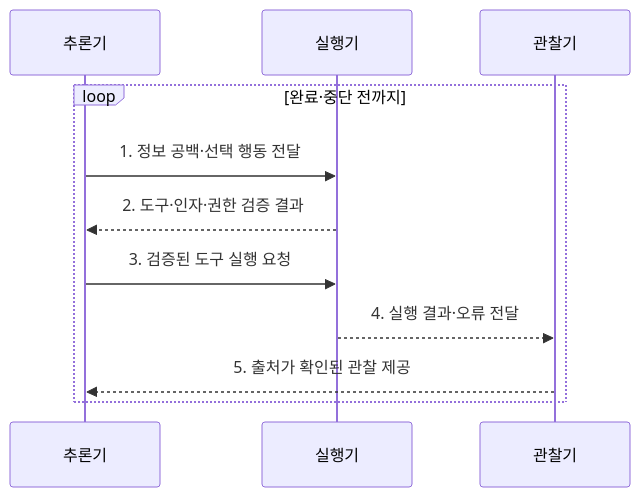
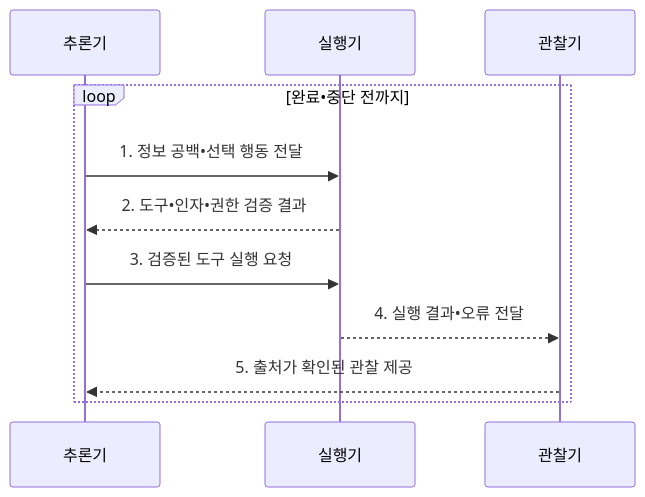
Before and after one commit to agnusdei1207/knowledge-base: the second of 2 diagrams in src/content/docs/notes/08-latest-tech/003_reasoning_and_acting.md, drawn with Mermaid. The commit also changed other lines of this file and 953 other files, not shown here.

````diff
--- a/src/content/docs/notes/08-latest-tech/003_reasoning_and_acting.md
+++ b/src/content/docs/notes/08-latest-tech/003_reasoning_and_acting.md
@@ -97,13 +97,13 @@
 ```mermaid
 sequenceDiagram
     participant R as 추론기
     participant A as 실행기
     participant O as 관찰기
-    loop 완료·중단 전까지
-        R->>A: 1. 정보 공백·선택 행동 전달
-        A-->>R: 2. 도구·인자·권한 검증 결과
+    loop 완료•중단 전까지
+        R->>A: 1. 정보 공백•선택 행동 전달
+        A-->>R: 2. 도구•인자•권한 검증 결과
         R->>A: 3. 검증된 도구 실행 요청
-        A-->>O: 4. 실행 결과·오류 전달
+        A-->>O: 4. 실행 결과•오류 전달
         O-->>R: 5. 출처가 확인된 관찰 제공
     end
 ```
````
